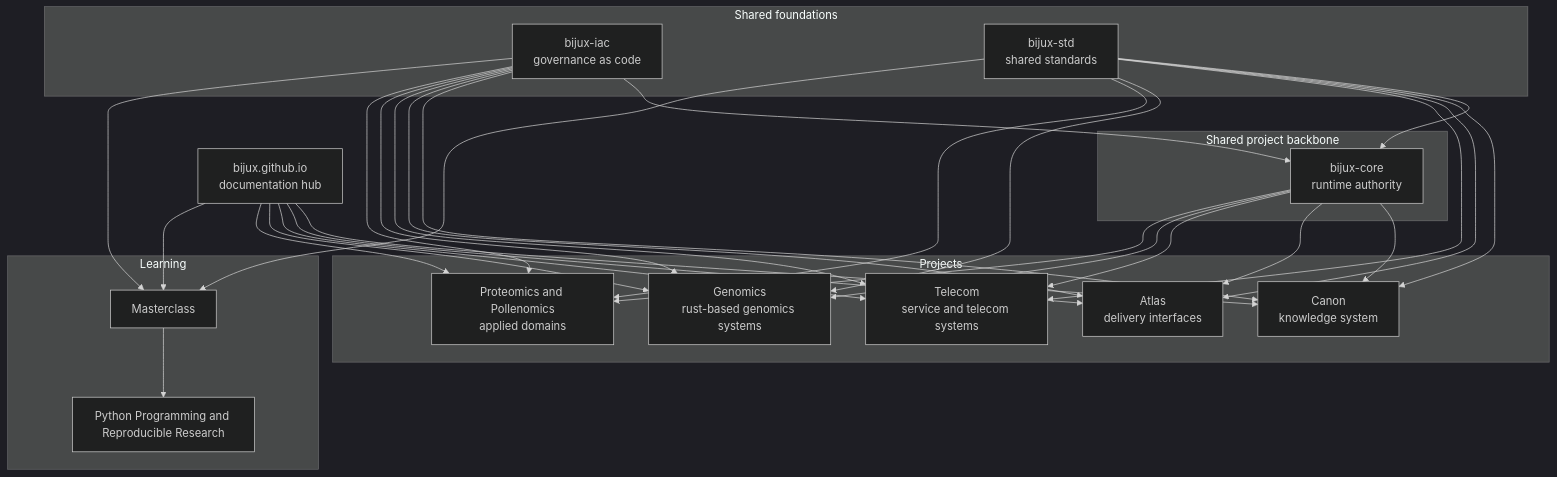
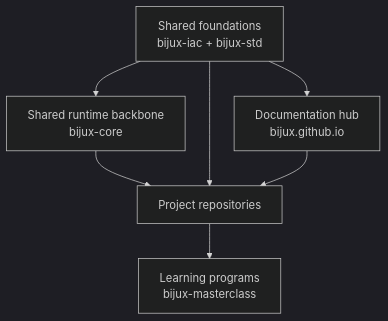
Before and after one commit to bijux/bijux.github.io: the diagram in docs/01-platform/system-map/index.md, drawn with Mermaid (dark theme). The commit also changed other lines of this file and 3 other files, not shown here.

````diff
--- a/docs/01-platform/system-map/index.md
+++ b/docs/01-platform/system-map/index.md
@@ -28,53 +30,9 @@
 ```mermaid
 graph TD
-    subgraph foundations["Shared foundations"]
-        iac["bijux-iac<br/>governance as code"]
-        std["bijux-std<br/>shared standards"]
-    end
-
-    hub["bijux.github.io<br/>documentation hub"]
-
-    subgraph backbone["Shared project backbone"]
-        core["bijux-core<br/>runtime authority"]
-    end
-
-    subgraph projects["Projects"]
-        canon["Canon<br/>knowledge system"]
-        atlas["Atlas<br/>delivery interfaces"]
-        telecom["Telecom<br/>service and telecom systems"]
-        genomics["Genomics<br/>rust-based genomics systems"]
-        domains["Proteomics and Pollenomics<br/>applied domains"]
-    end
-
-    subgraph learning["Learning"]
-        masterclass["Masterclass"]
-        programs["Python Programming and Reproducible Research"]
-    end
-
-    iac --> core
-    iac --> canon
-    iac --> atlas
-    iac --> telecom
-    iac --> genomics
-    iac --> domains
-    iac --> masterclass
-    std --> core
-    std --> canon
-    std --> atlas
-    std --> telecom
-    std --> genomics
-    std --> domains
-    std --> masterclass
-    hub --> canon
-    hub --> atlas
-    hub --> telecom
-    hub --> genomics
-    hub --> domains
-    hub --> masterclass
-    core --> canon
-    core --> atlas
-    core --> telecom
-    core --> genomics
-    core --> domains
-    masterclass --> programs
+    foundations["Shared foundations<br/>bijux-iac + bijux-std"] --> hub["Documentation hub<br/>bijux.github.io"]
+    foundations --> core["Shared runtime backbone<br/>bijux-core"]
+    core --> projects["Project repositories"]
+    foundations --> projects
+    hub --> projects
+    projects --> learning["Learning programs<br/>bijux-masterclass"]
 ```
````
